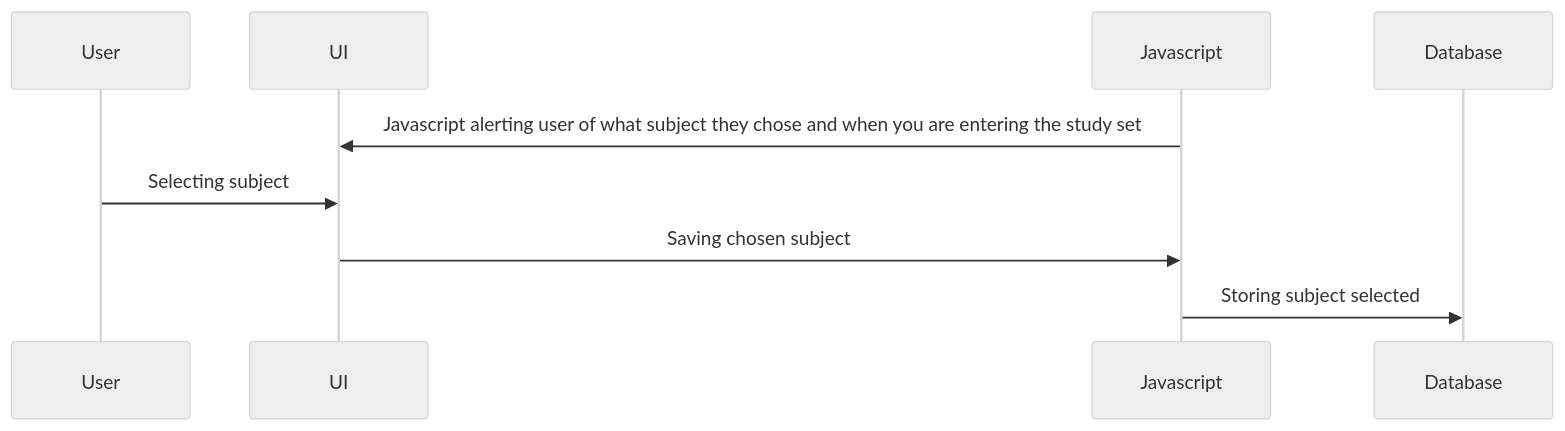
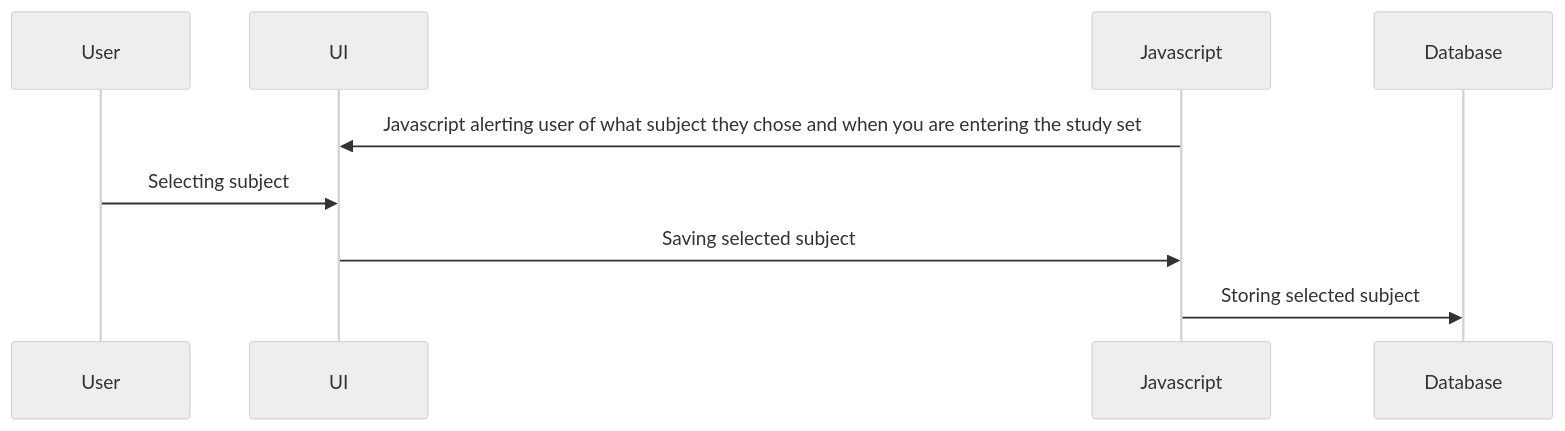
The diagram in team/m3/sydnie-lui/subjects-diagram.md (Madi3456/Group-15), drawn with Mermaid (neutral theme) before and after one commit.

````diff
--- a/team/m3/sydnie-lui/subjects-diagram.md
+++ b/team/m3/sydnie-lui/subjects-diagram.md
@@ -3,11 +3,11 @@
 ```mermaid
 sequenceDiagram
 participant User
 participant UI
 participant Javascript
 
 Javascript->>UI: Javascript alerting user of what subject they chose and when you are entering the study set
 User->>UI: Selecting subject
-UI->>Javascript: Saving chosen subject
-Javascript->>Database: Storing subject selected
+UI->>Javascript: Saving selected subject
+Javascript->>Database: Storing selected subject
 ```
````
